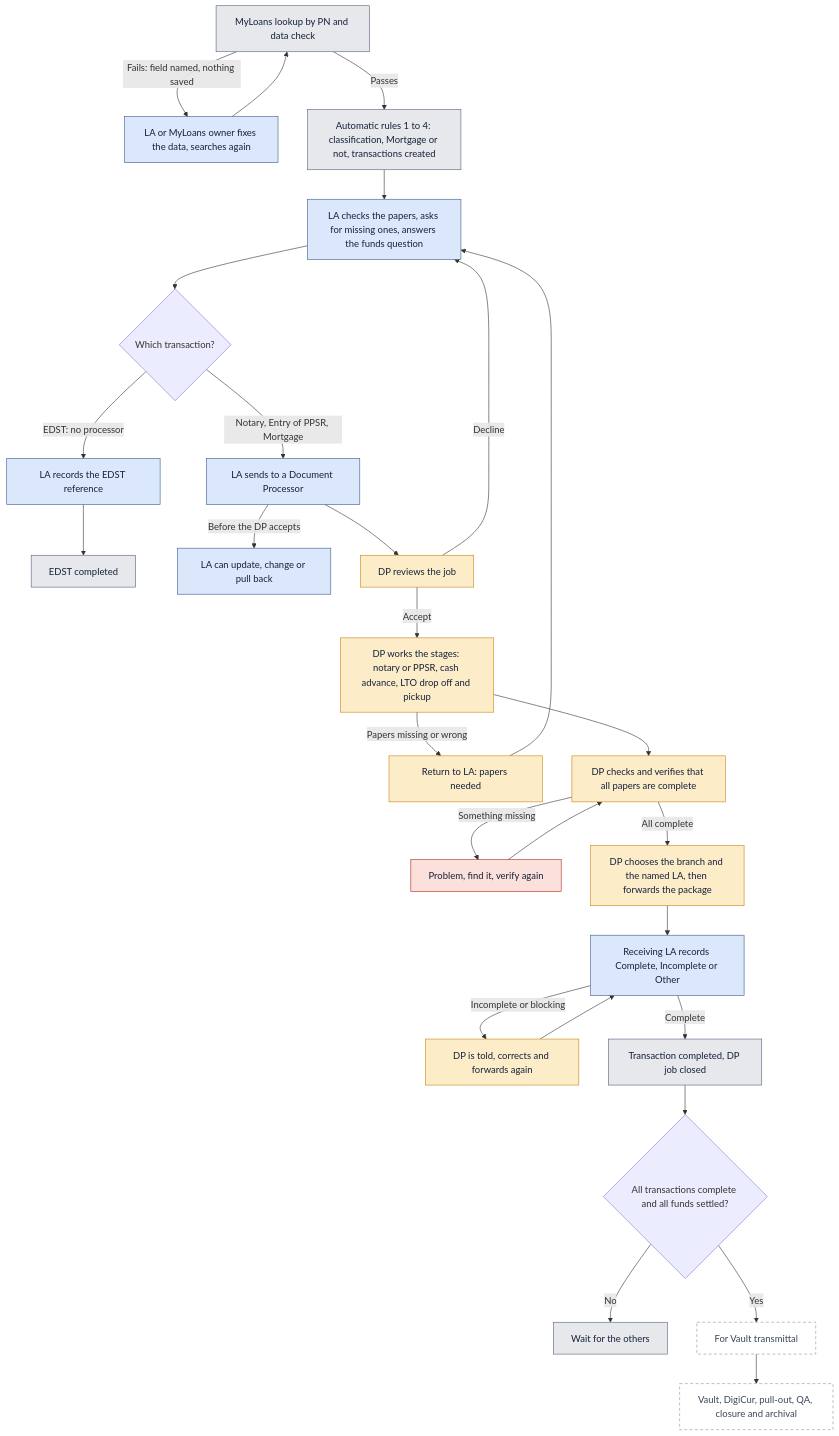
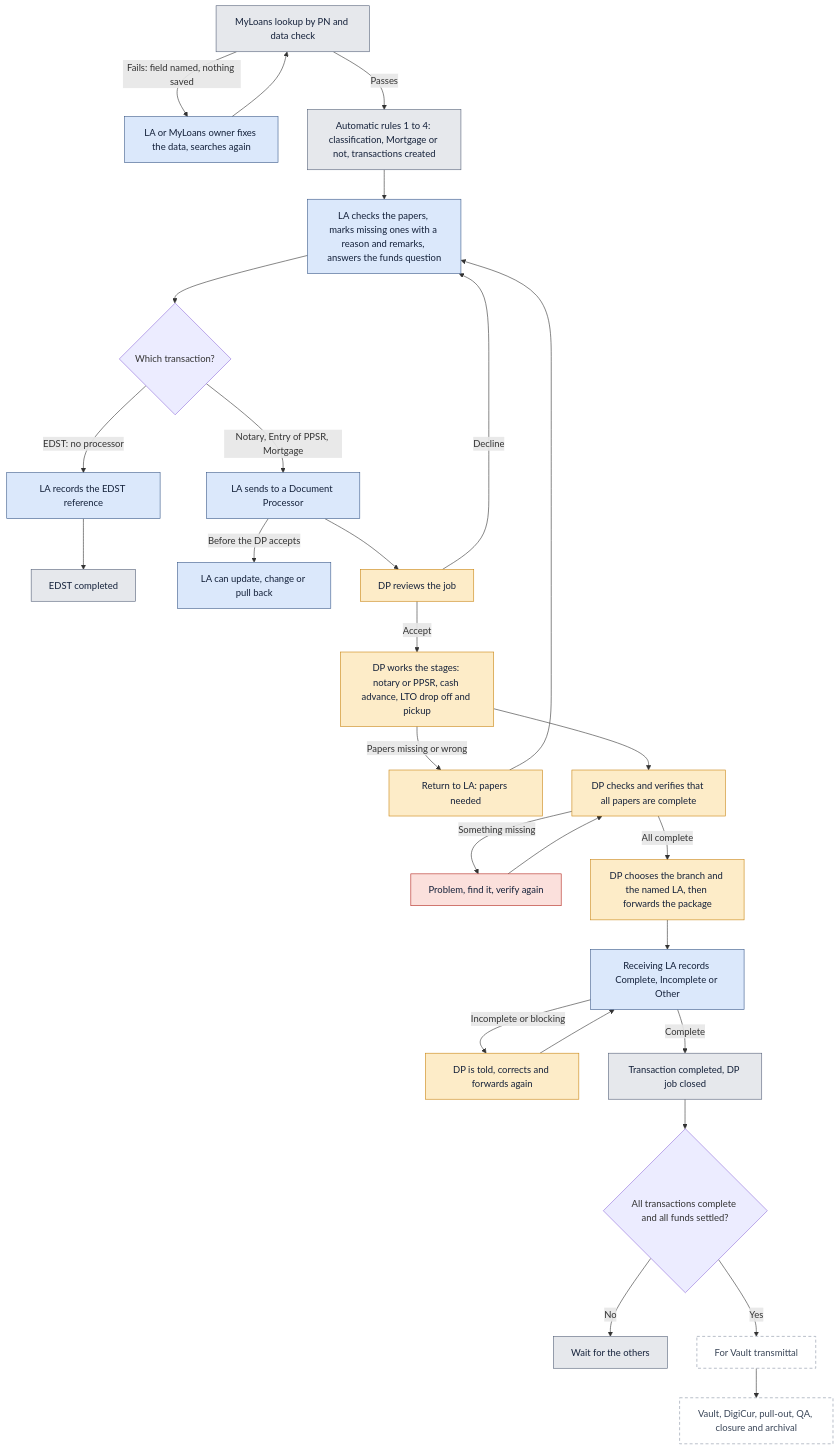
The diagram in docs/workflow/02-big-picture.md (MewinDev/gdfi-dms), drawn with Mermaid before and after one commit. The commit also changed other lines of this file and 439 other files, not shown here.

````diff
--- a/docs/workflow/02-big-picture.md
+++ b/docs/workflow/02-big-picture.md
@@ -9,35 +9,35 @@
 ```mermaid
 flowchart TD
   S1["MyLoans lookup by PN and data check"]:::sys
   S1 -->|"Fails: field named, nothing saved"| S1b["LA or MyLoans owner fixes the data, searches again"]:::la
   S1b --> S1
   S1 -->|Passes| S2["Automatic rules 1 to 4: classification, Mortgage or not, transactions created"]:::sys
-  S2 --> L1["LA checks the papers, asks for missing ones, answers the funds question"]:::la
+  S2 --> L1["LA checks the papers, marks missing ones with a reason and remarks, answers the funds question"]:::la
   L1 --> L2{"Which transaction?"}
   L2 -->|"EDST: no processor"| L3["LA records the EDST reference"]:::la
   L3 --> DONE1["EDST completed"]:::sys
   L2 -->|"Notary, Entry of PPSR, Mortgage"| L5["LA sends to a Document Processor"]:::la
   L5 -->|"Before the DP accepts"| L6["LA can update, change or pull back"]:::la
   L5 --> D1["DP reviews the job"]:::dp
   D1 -->|Decline| L1
   D1 -->|Accept| D2["DP works the stages: notary or PPSR, cash advance, LTO drop off and pickup"]:::dp
   D2 -->|"Papers missing or wrong"| D3["Return to LA: papers needed"]:::dp
   D3 --> L1
   D2 --> D5["DP checks and verifies that all papers are complete"]:::dp
   D5 -->|"Something missing"| D6["Problem, find it, verify again"]:::prob
   D6 --> D5
   D5 -->|"All complete"| D4["DP chooses the branch and the named LA, then forwards the package"]:::dp
   D4 --> R1["Receiving LA records Complete, Incomplete or Other"]:::la
   R1 -->|"Incomplete or blocking"| R2["DP is told, corrects and forwards again"]:::dp
   R2 --> R1
   R1 -->|Complete| R3["Transaction completed, DP job closed"]:::sys
   R3 --> G{"All transactions complete and all funds settled?"}
   G -->|No| WAIT["Wait for the others"]:::sys
   G -->|Yes| V1["For Vault transmittal"]:::later
   V1 --> V2["Vault, DigiCur, pull-out, QA, closure and archival"]:::later
   classDef la fill:#dbe8fb,stroke:#3b5a8a,color:#14213a
   classDef dp fill:#fdecc8,stroke:#c98512,color:#14213a
   classDef sys fill:#e6e8ec,stroke:#56627a,color:#14213a
   classDef prob fill:#fbe0dc,stroke:#b3261e,color:#14213a
   classDef later fill:#ffffff,stroke:#8b94a5,stroke-dasharray:5 4,color:#3a4658
 ```
````
